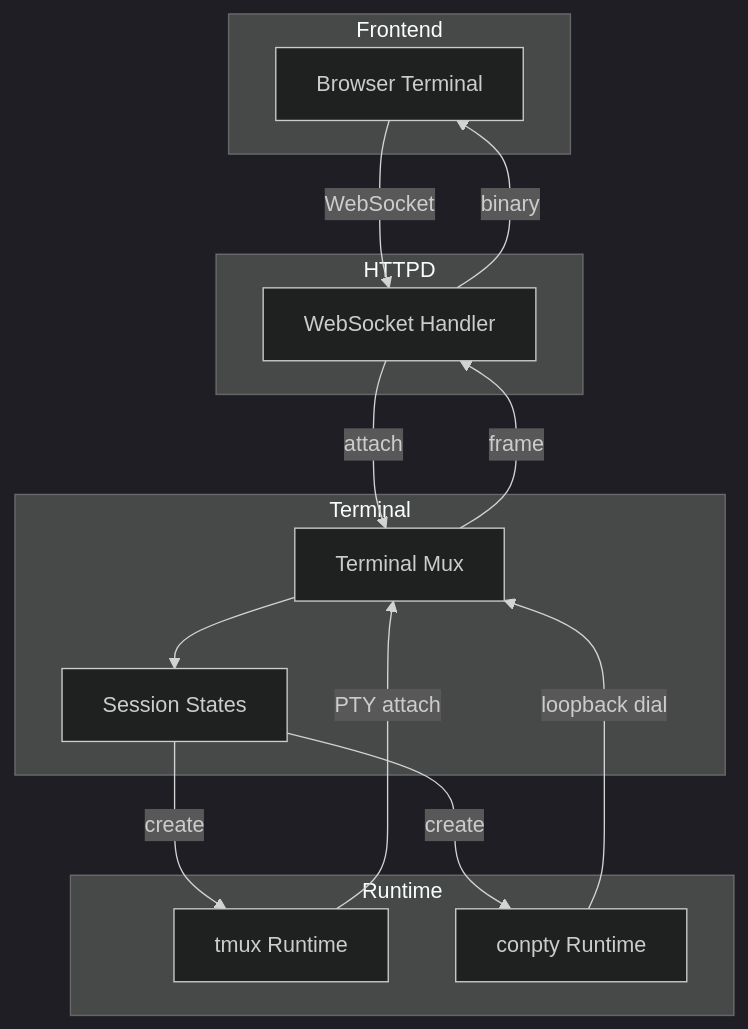
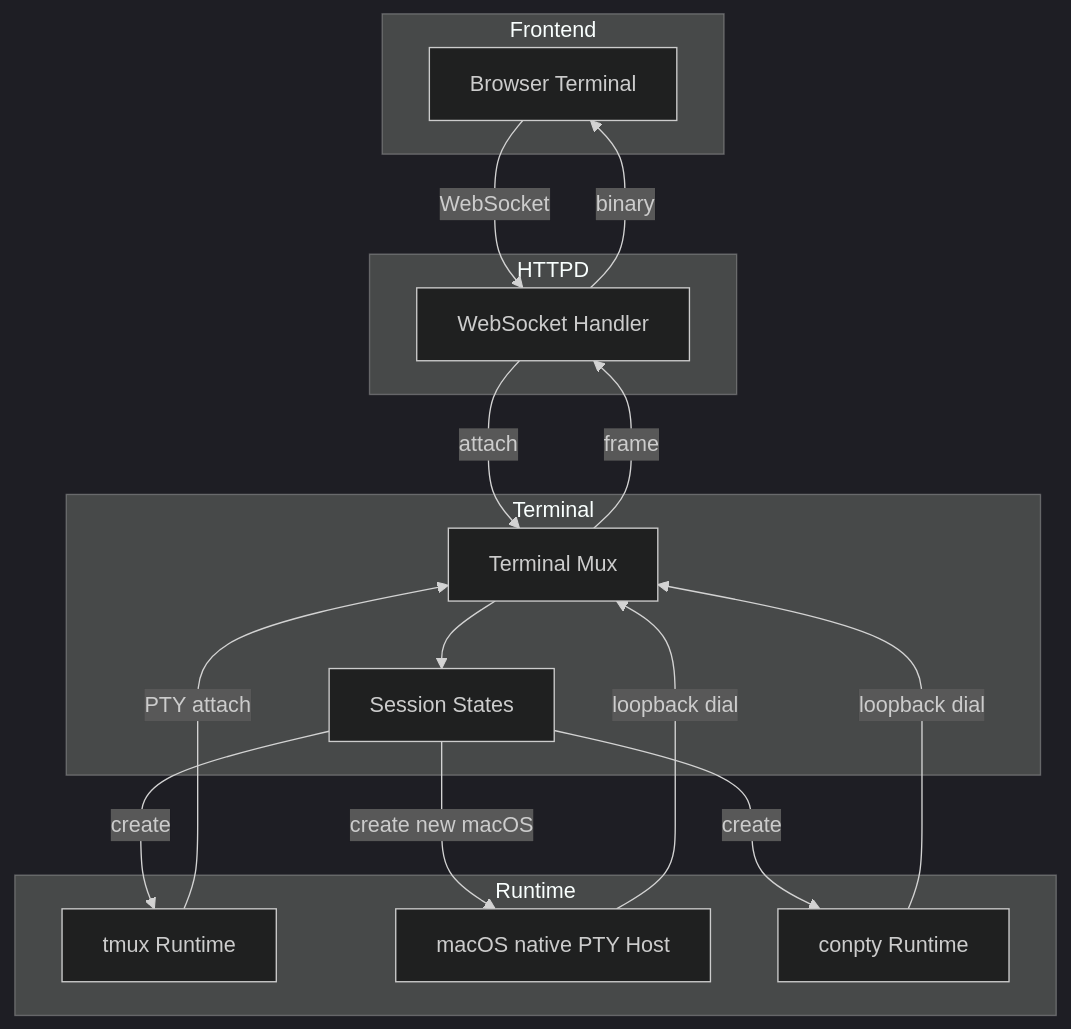
Before and after one commit to ApexYash11/agent-orchestrator: diagram 23 of 24 in docs/architecture.md, drawn with Mermaid (dark theme). The commit also changed other lines of this file and 50 other files, not shown here.

First line of the commit message:
feat(terminal): add native macOS PTY host (#4473)

````diff
--- a/docs/architecture.md
+++ b/docs/architecture.md
@@ -931,33 +931,36 @@
 ```mermaid
 flowchart TD
     subgraph Frontend
         Browser[Browser Terminal]
     end
 
     subgraph HTTPD
         WS[WebSocket Handler]
     end
 
     subgraph Terminal
         Mux[Terminal Mux]
         Sessions[Session States]
     end
 
     subgraph Runtime
         TMux[tmux Runtime]
+        MacPTY[macOS native PTY Host]
         ConPTY[conpty Runtime]
     end
 
     Browser -->|WebSocket| WS
     WS -->|attach| Mux
     Mux --> Sessions
     Sessions -->|create| TMux
+    Sessions -->|create new macOS| MacPTY
     Sessions -->|create| ConPTY
 
     TMux -->|PTY attach| Mux
+    MacPTY -->|loopback dial| Mux
     ConPTY -->|loopback dial| Mux
 
     Mux -->|frame| WS
     WS -->|binary| Browser
 
 ```
````
